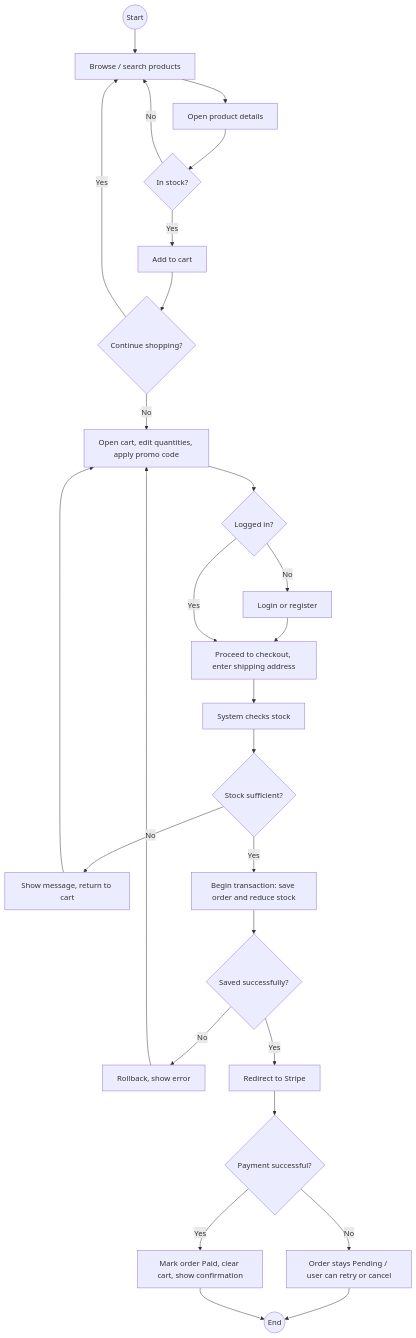
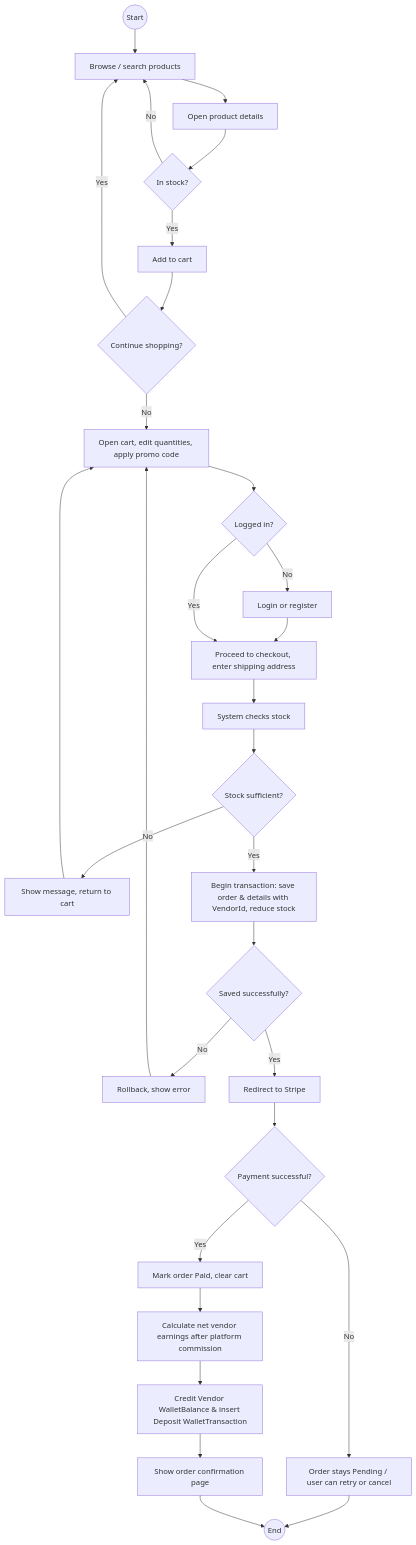
One commit to ahmadalrudiny/Techxpress_DEPI_Project changed the ninth of 12 diagrams in docs/System-Analysis-Design/04-Behavior-Diagrams.md. Above: the diagram before and after it, drawn with Mermaid. The commit also changed other lines of this file, not shown here.

````diff
--- a/docs/System-Analysis-Design/04-Behavior-Diagrams.md
+++ b/docs/System-Analysis-Design/04-Behavior-Diagrams.md
@@ -252,26 +324,29 @@
 ```mermaid
 flowchart TD
     S((Start)) --> A["Browse / search products"]
     A --> B["Open product details"]
     B --> C{"In stock?"}
     C -- No --> A
     C -- Yes --> D["Add to cart"]
     D --> E{"Continue shopping?"}
     E -- Yes --> A
     E -- No --> F["Open cart, edit quantities, apply promo code"]
     F --> G{"Logged in?"}
     G -- No --> H["Login or register"] --> I
     G -- Yes --> I["Proceed to checkout, enter shipping address"]
     I --> J["System checks stock"]
     J --> K{"Stock sufficient?"}
     K -- No --> L["Show message, return to cart"] --> F
-    K -- Yes --> M["Begin transaction: save order and reduce stock"]
+    K -- Yes --> M["Begin transaction: save order & details with VendorId, reduce stock"]
     M --> N{"Saved successfully?"}
     N -- No --> O["Rollback, show error"] --> F
     N -- Yes --> P["Redirect to Stripe"]
     P --> Q{"Payment successful?"}
     Q -- No --> R["Order stays Pending / user can retry or cancel"]
-    Q -- Yes --> T["Mark order Paid, clear cart, show confirmation"]
+    Q -- Yes --> S1["Mark order Paid, clear cart"]
+    S1 --> S2["Calculate net vendor earnings after platform commission"]
+    S2 --> S3["Credit Vendor WalletBalance & insert Deposit WalletTransaction"]
+    S3 --> T["Show order confirmation page"]
     R --> Z((End))
     T --> Z
 ```
````
